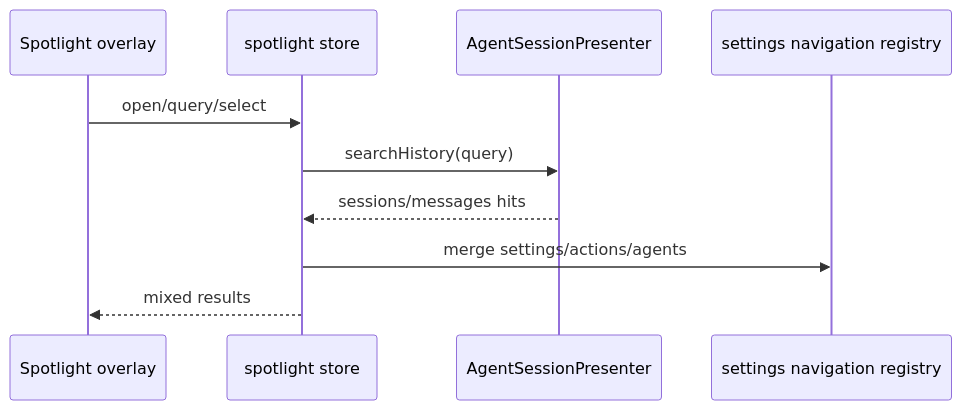
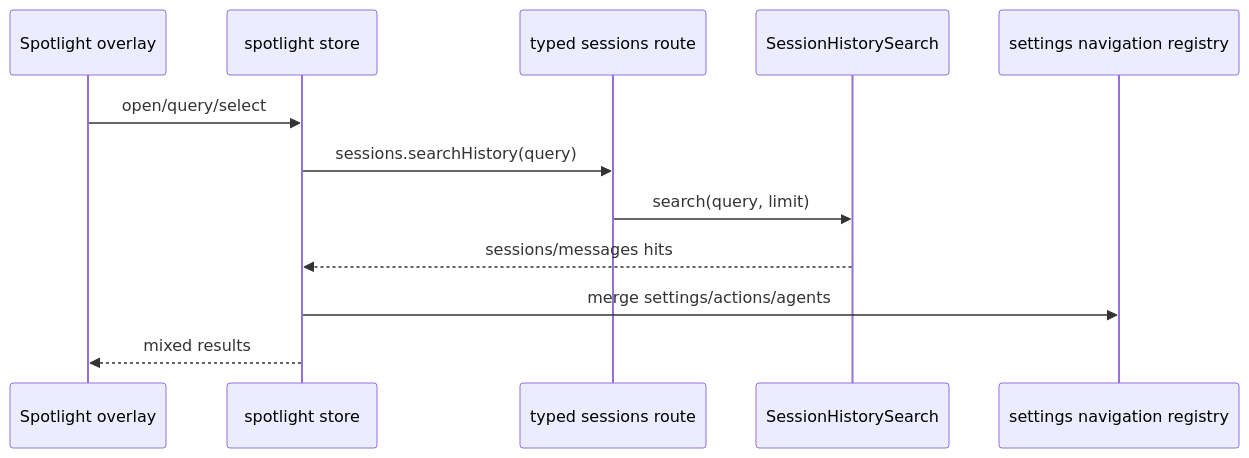
Before and after one commit to zerob13/deepchat: the sixth of 9 diagrams in docs/FLOWS.md, drawn with Mermaid. The commit also changed other lines of this file and 50 other files, not shown here.

````diff
--- a/docs/FLOWS.md
+++ b/docs/FLOWS.md
@@ -174,13 +177,15 @@
 ```mermaid
 sequenceDiagram
     participant UI as Spotlight overlay
     participant Store as spotlight store
-    participant Session as AgentSessionPresenter
+    participant Route as typed sessions route
+    participant Search as SessionHistorySearch
     participant Settings as settings navigation registry
 
     UI->>Store: open/query/select
-    Store->>Session: searchHistory(query)
-    Session-->>Store: sessions/messages hits
+    Store->>Route: sessions.searchHistory(query)
+    Route->>Search: search(query, limit)
+    Search-->>Store: sessions/messages hits
     Store->>Settings: merge settings/actions/agents
     Store-->>UI: mixed results
 ```
````
